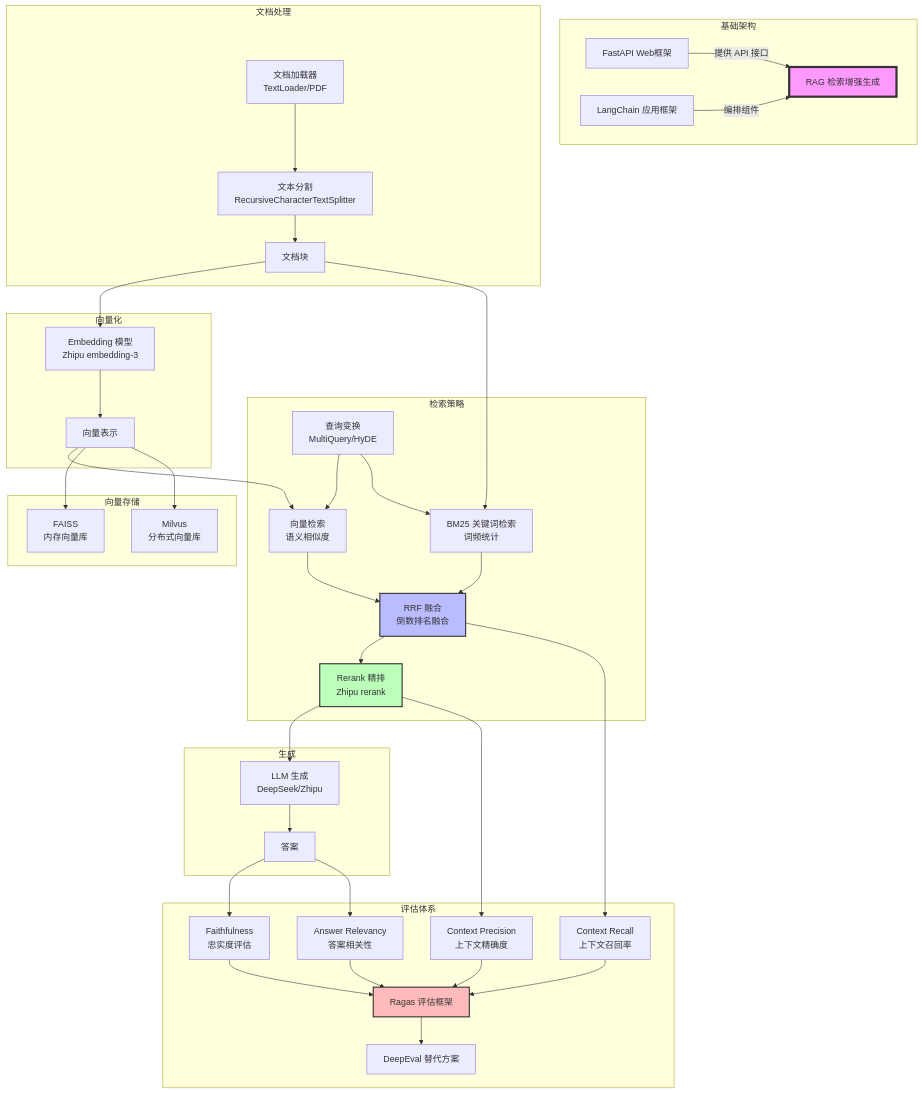
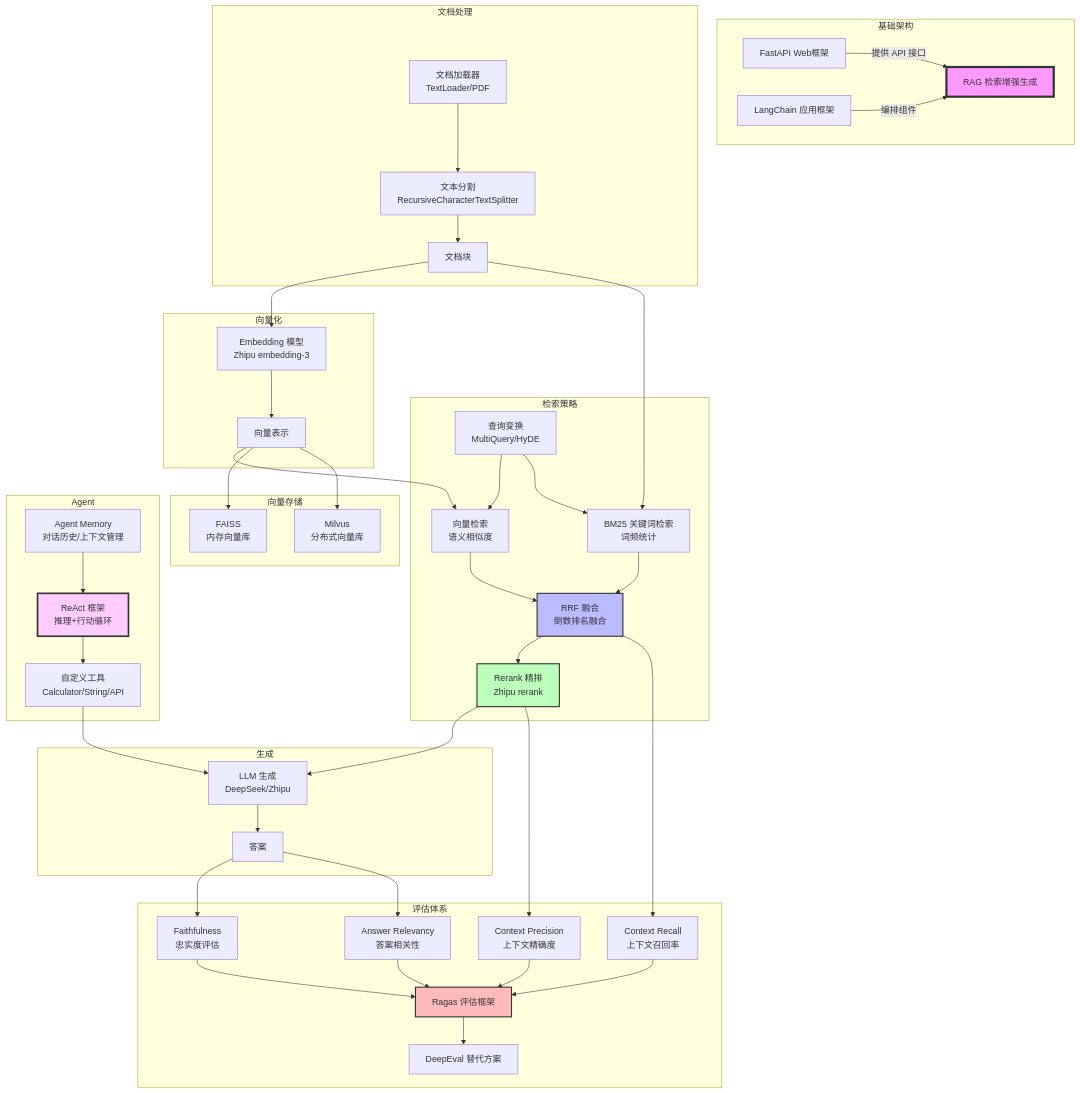
The diagram in CONCEPT_MAP.md (Blackarubbish/learning-agent), drawn with Mermaid before and after one commit. The commit also changed other lines of this file and 10 other files, not shown here.

````diff
--- a/CONCEPT_MAP.md
+++ b/CONCEPT_MAP.md
@@ -5,62 +5,73 @@
 ```mermaid
 graph TD
     %% ====== 基础层 ======
     subgraph 基础架构
         FastAPI[FastAPI Web框架] -->|提供 API 接口| RAG[RAG 检索增强生成]
         LangChain[LangChain 应用框架] -->|编排组件| RAG
     end
 
     %% ====== 文档处理层 ======
     subgraph 文档处理
         DocLoader[文档加载器<br/>TextLoader/PDF] --> TextSplitter[文本分割<br/>RecursiveCharacterTextSplitter]
         TextSplitter --> Chunks[文档块]
     end
 
     %% ====== Embedding 层 ======
     subgraph 向量化
         Chunks --> EmbeddingModel[Embedding 模型<br/>Zhipu embedding-3]
         EmbeddingModel --> Vectors[向量表示]
     end
 
     %% ====== 检索层 ======
     subgraph 检索策略
         Vectors --> VectorSearch[向量检索<br/>语义相似度]
         Chunks --> BM25[BM25 关键词检索<br/>词频统计]
         VectorSearch --> RRF[RRF 融合<br/>倒数排名融合]
         BM25 --> RRF
         RRF --> Rerank[Rerank 精排<br/>Zhipu rerank]
         QueryTransform[查询变换<br/>MultiQuery/HyDE] --> VectorSearch
         QueryTransform --> BM25
     end
 
     %% ====== 向量数据库层 ======
     subgraph 向量存储
         Vectors --> FAISS[FAISS<br/>内存向量库]
         Vectors --> Milvus[Milvus<br/>分布式向量库]
     end
 
     %% ====== 生成层 ======
     subgraph 生成
         Rerank --> LLM[LLM 生成<br/>DeepSeek/Zhipu]
         LLM --> Answer[答案]
     end
 
     %% ====== 评估层 ======
     subgraph 评估体系
         Answer --> Faithfulness[Faithfulness<br/>忠实度评估]
         Rerank --> ContextPrecision[Context Precision<br/>上下文精确度]
         RRF --> ContextRecall[Context Recall<br/>上下文召回率]
         Answer --> AnswerRelevancy[Answer Relevancy<br/>答案相关性]
         Faithfulness --> Ragas[Ragas 评估框架]
         ContextPrecision --> Ragas
         ContextRecall --> Ragas
         AnswerRelevancy --> Ragas
         Ragas --> DeepEval[DeepEval 替代方案]
     end
 
+    %% ====== Agent 层 ======
+    subgraph Agent
+        ReAct[ReAct 框架<br/>推理+行动循环]
+        Tools[自定义工具<br/>Calculator/String/API]
+        AgentMemory[Agent Memory<br/>对话历史/上下文管理]
+        ReAct --> Tools
+        Tools --> LLM
+        AgentMemory --> ReAct
+    end
+
     %% ====== 样式 ======
     style RAG fill:#f9f,stroke:#333,stroke-width:4px
     style RRF fill:#bbf,stroke:#333,stroke-width:2px
     style Rerank fill:#bfb,stroke:#333,stroke-width:2px
     style Ragas fill:#fbb,stroke:#333,stroke-width:2px
+    style ReAct fill:#fcf,stroke:#333,stroke-width:3px
 ```
````
